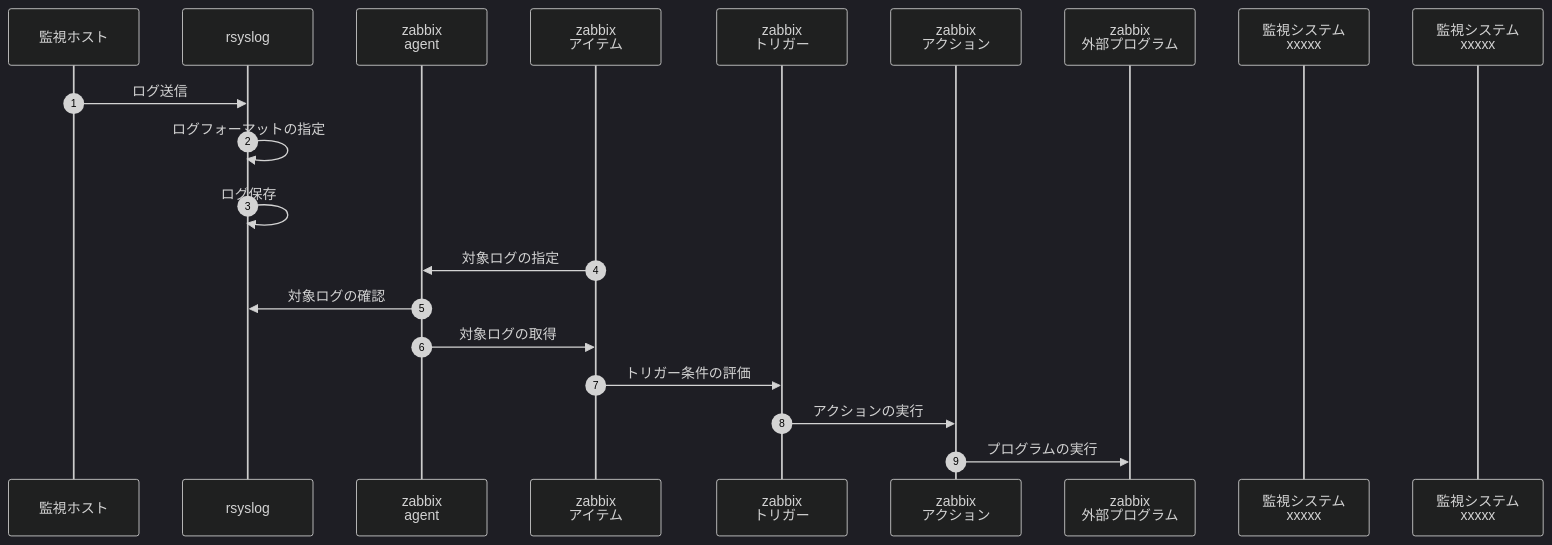
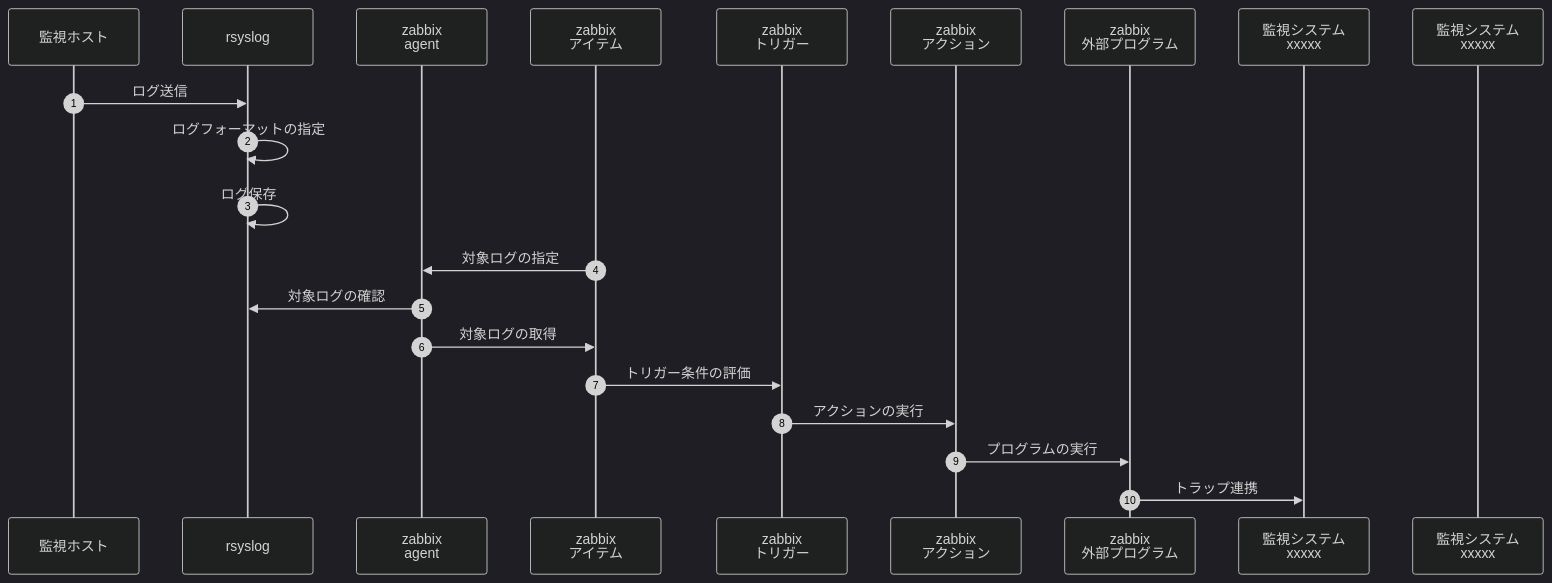
Before and after one commit to panda-git-hub/handbook: the second of 2 diagrams in README.md, drawn with Mermaid (dark theme).

````diff
--- a/README.md
+++ b/README.md
@@ -21,22 +21,23 @@
 ```mermaid
 sequenceDiagram
   autonumber
   participant A as 監視ホスト
   participant B as rsyslog
   participant C as zabbix<br>agent
   participant D as zabbix<br>アイテム
   participant E as zabbix<br>トリガー
   participant F as zabbix<br>アクション
   participant G as zabbix<br>外部プログラム
   participant H as 監視システム<br>xxxxx
   participant I as 監視システム<br>xxxxx
   A->>B: ログ送信
   B->>B: ログフォーマットの指定
   B->>B: ログ保存
   D->>C: 対象ログの指定
   C->>B: 対象ログの確認
   C->>D: 対象ログの取得
   D->>E: トリガー条件の評価
   E->>F: アクションの実行
   F->>G: プログラムの実行
+  G->>H: トラップ連携
 ```
````
